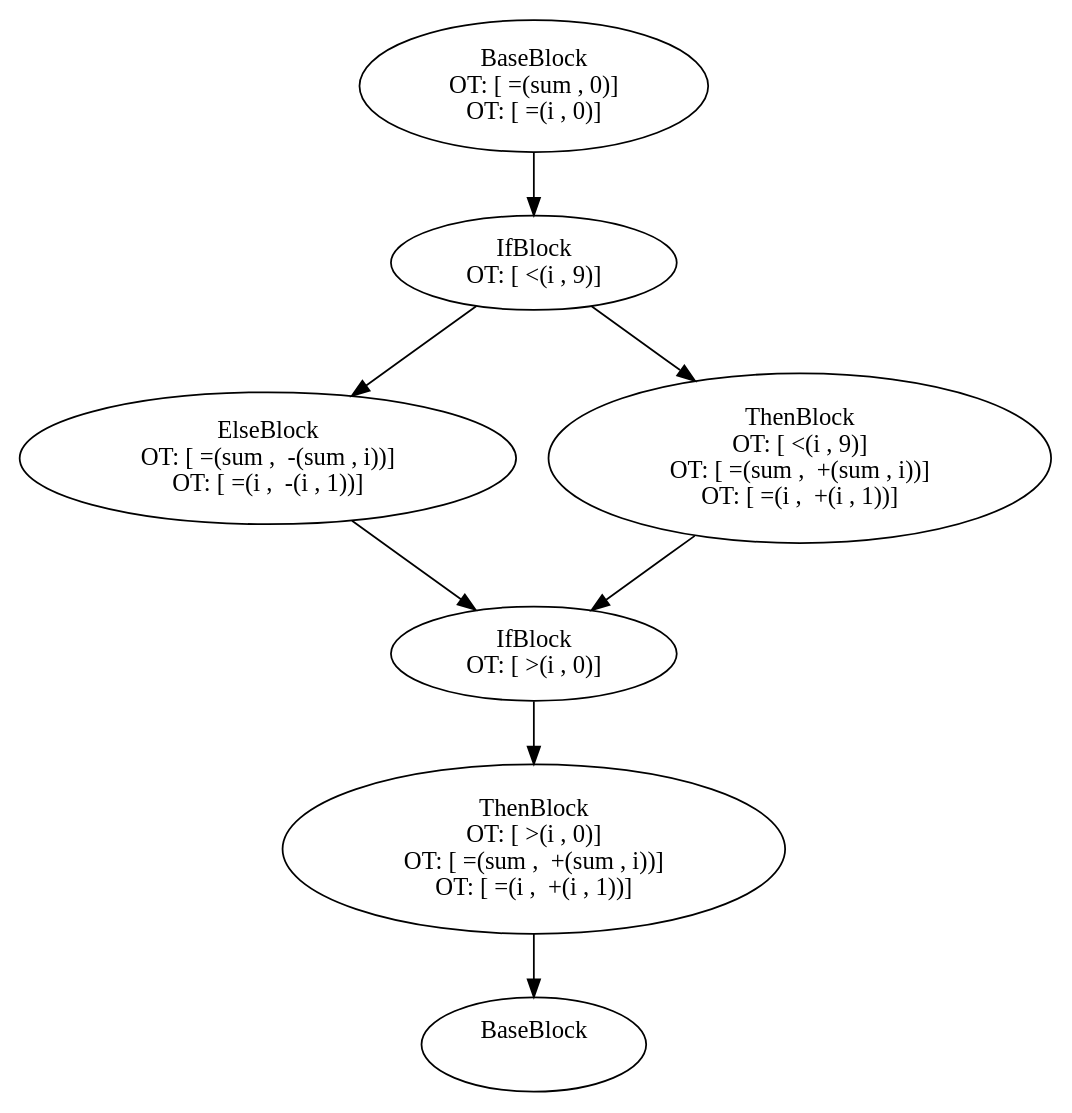
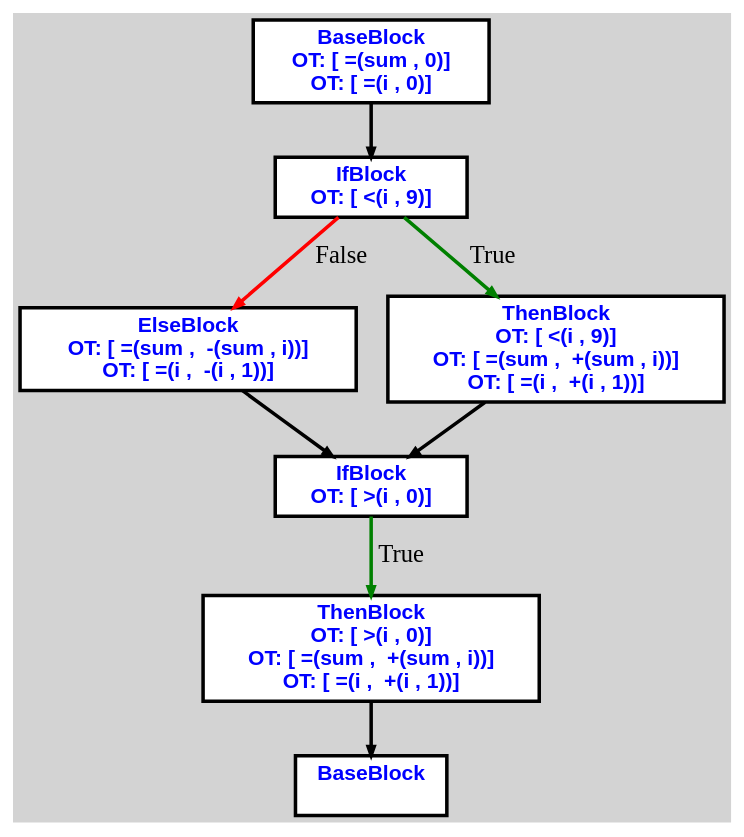
Before and after one commit to aveen007/CountingMonkeys: the diagram in cpoCompilerWin/cfgi0.dot, drawn with Graphviz. The commit also changed 5 other files, not shown here.

```diff
--- a/cpoCompilerWin/cfgi0.dot
+++ b/cpoCompilerWin/cfgi0.dot
@@ -1,28 +1,30 @@
 digraph G {
-    n000001C75728CBB0 [label="BaseBlock\n OT: [ =(sum , 0)]
+ordering=out;
+ranksep=.4;
+bgcolor="lightgrey";  node [shape=box, fixedsize=false, fontsize=12, fontname="Helvetica-bold", fontcolor="blue"
+width=.25, height=.25, color="black", fillcolor="white", style="filled, solid, bold"];
+
+edge [arrowsize=.5, color="black", style="bold"]    n000001FBE178CC10 [label="BaseBlock\n OT: [ =(sum , 0)]
 OT: [ =(i , 0)]
 "]
-    n000001C75728CBB0 -> n000001C75728C9F0
-    n000001C75728C9F0 [label="IfBlock\n OT: [ <(i , 9)]
+    n000001FBE178CC10 -> n000001FBE178CD60
+    n000001FBE178CD60 [label="IfBlock\n OT: [ <(i , 9)]
 "]
-    n000001C75728C980 [label="ElseBlock\n OT: [ =(sum ,  -(sum , i))]
+    n000001FBE178D150 [label="ElseBlock\n OT: [ =(sum ,  -(sum , i))]
 OT: [ =(i ,  -(i , 1))]
 "]
-    n000001C75728CC20 [label="ThenBlock\n OT: [ <(i , 9)]
+    n000001FBE178D070 [label="ThenBlock\n OT: [ <(i , 9)]
 OT: [ =(sum ,  +(sum , i))]
 OT: [ =(i ,  +(i , 1))]
 "]
-    n000001C75728C9F0 -> n000001C75728C980
-    n000001C75728C980 -> n000001C75728D390
-    n000001C75728C9F0 -> n000001C75728CC20
-    n000001C75728CC20 -> n000001C75728D390
-    n000001C75728D390 [label="IfBlock\n OT: [ >(i , 0)]
+    n000001FBE178CD60 -> n000001FBE178D150 [label="False" color="red"]
+    n000001FBE178D150 -> n000001FBE178CDD0    n000001FBE178CD60 -> n000001FBE178D070 [label="True" color="green"]
+    n000001FBE178D070 -> n000001FBE178CDD0    n000001FBE178CDD0 [label="IfBlock\n OT: [ >(i , 0)]
 "]
-    n000001C75728C670 [label="ThenBlock\n OT: [ >(i , 0)]
+    n000001FBE178CA50 [label="ThenBlock\n OT: [ >(i , 0)]
 OT: [ =(sum ,  +(sum , i))]
 OT: [ =(i ,  +(i , 1))]
 "]
-    n000001C75728D390 -> n000001C75728C670
-    n000001C75728C670 -> n000001C75728C830
-    n000001C75728C830 [label="BaseBlock\n "]
+    n000001FBE178CDD0 -> n000001FBE178CA50 [label="True" color="green"]
+    n000001FBE178CA50 -> n000001FBE178CAC0    n000001FBE178CAC0 [label="BaseBlock\n "]
 }
```
